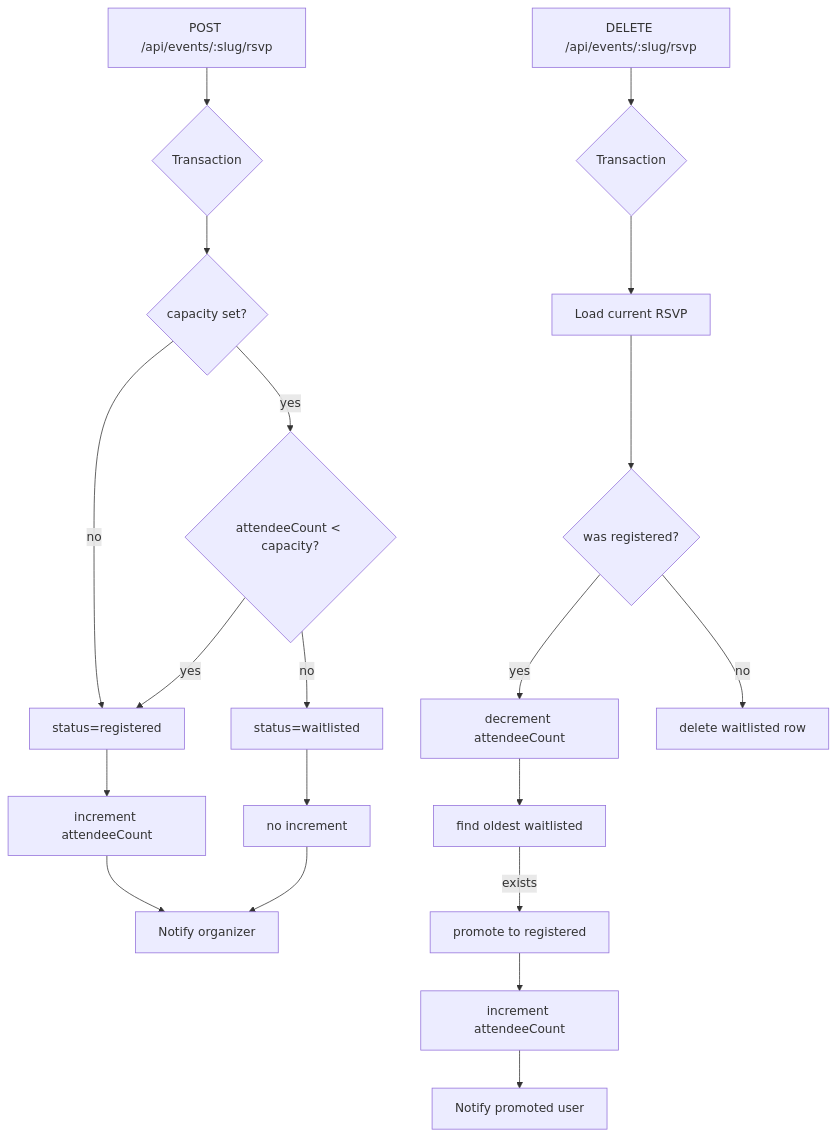
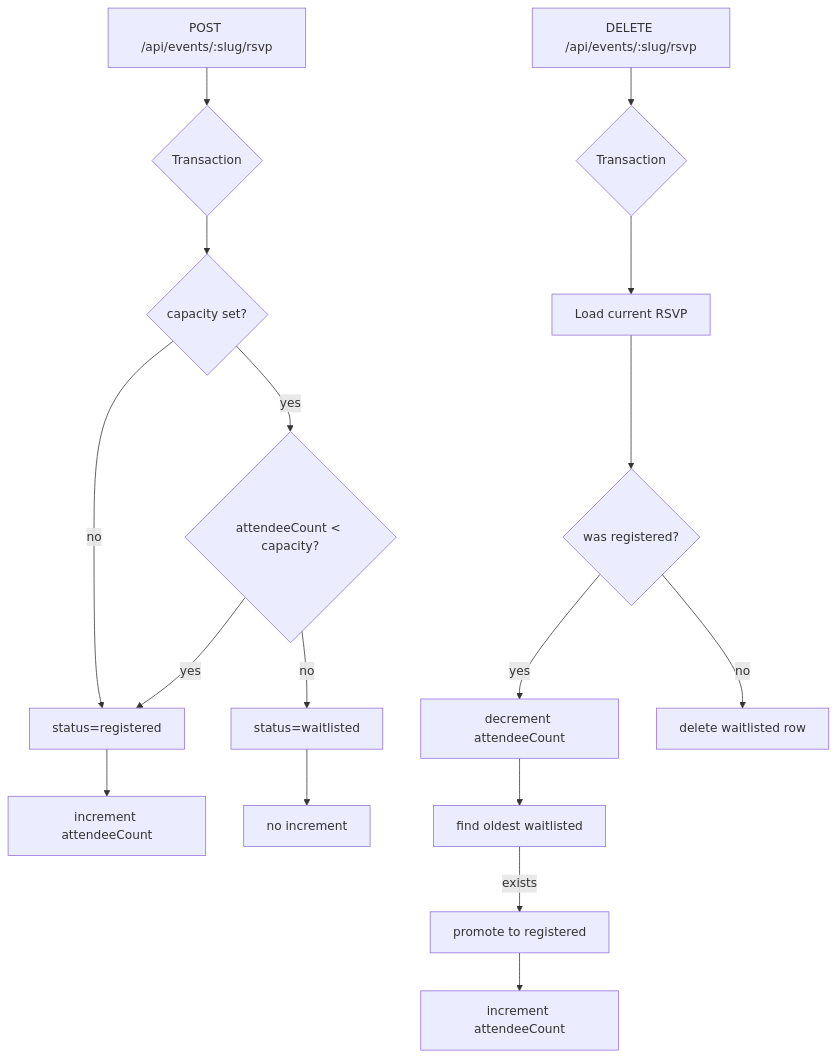
The fifth of 15 diagrams in codebase-analysis/07-state-diagrams.md (commonpub/commonpub), drawn with Mermaid before and after one commit. The commit also changed other lines of this file and 16 other files, not shown here.

````diff
--- a/codebase-analysis/07-state-diagrams.md
+++ b/codebase-analysis/07-state-diagrams.md
@@ -100,23 +108,20 @@
 ```mermaid
 flowchart TD
     A[POST /api/events/:slug/rsvp] --> B{Transaction}
     B --> C{capacity set?}
     C -->|no| D[status=registered]
     C -->|yes| E{attendeeCount < capacity?}
     E -->|yes| D
     E -->|no| F[status=waitlisted]
     D --> G[increment attendeeCount]
     F --> H[no increment]
-    G --> I[Notify organizer]
-    H --> I
 
     J[DELETE /api/events/:slug/rsvp] --> K{Transaction}
     K --> L[Load current RSVP]
     L --> M{was registered?}
     M -->|yes| N[decrement attendeeCount]
     N --> O[find oldest waitlisted]
     O -->|exists| P[promote to registered]
     P --> Q[increment attendeeCount]
-    Q --> R[Notify promoted user]
     M -->|no| S[delete waitlisted row]
 ```
````
